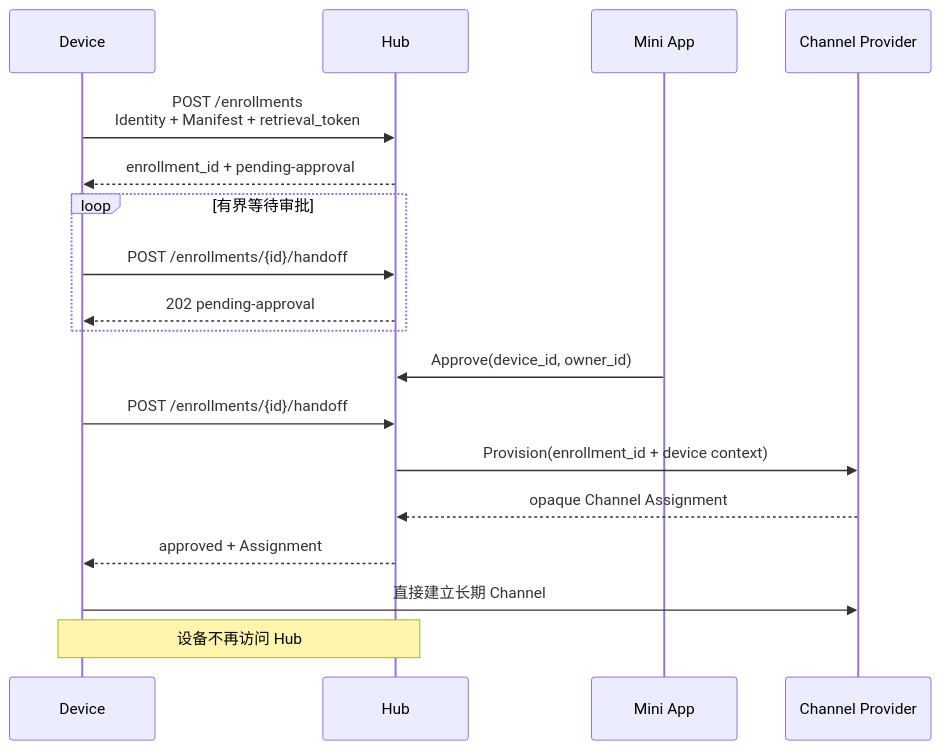
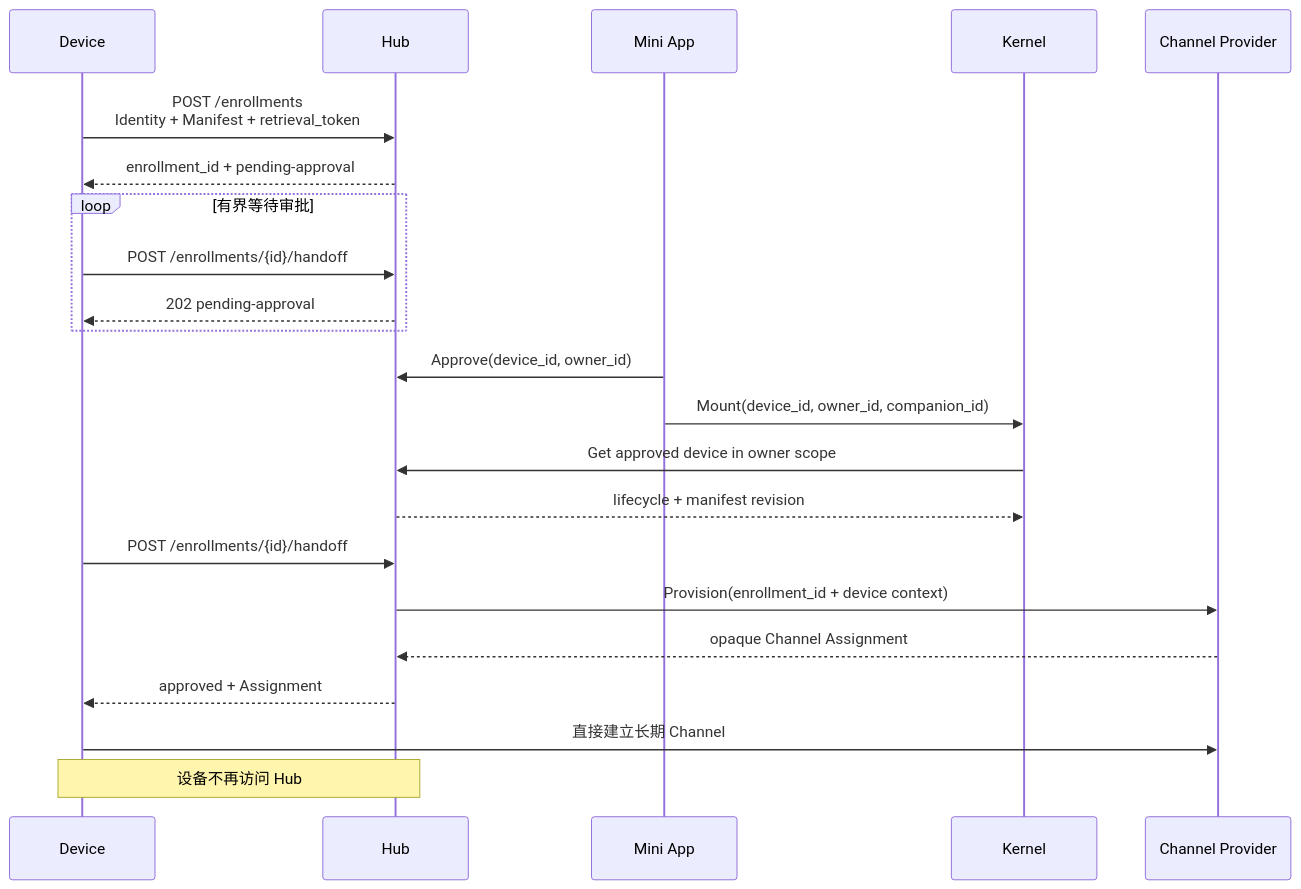
One commit to eidolon-os/eidolon_hub changed the second of 3 diagrams in README.md. Above: the diagram before and after it, drawn with Mermaid. The commit also changed other lines of this file and 45 other files, not shown here.

````diff
--- a/README.md
+++ b/README.md
@@ -46,21 +50,25 @@
 ```mermaid
 sequenceDiagram
     participant D as Device
     participant H as Hub
     participant A as Mini App
+    participant K as Kernel
     participant P as Channel Provider
 
     D->>H: POST /enrollments<br/>Identity + Manifest + retrieval_token
     H-->>D: enrollment_id + pending-approval
     loop 有界等待审批
         D->>H: POST /enrollments/{id}/handoff
         H-->>D: 202 pending-approval
     end
     A->>H: Approve(device_id, owner_id)
+    A->>K: Mount(device_id, owner_id, companion_id)
+    K->>H: Get approved device in owner scope
+    H-->>K: lifecycle + manifest revision
     D->>H: POST /enrollments/{id}/handoff
     H->>P: Provision(enrollment_id + device context)
     P-->>H: opaque Channel Assignment
     H-->>D: approved + Assignment
     D->>P: 直接建立长期 Channel
     Note over D,H: 设备不再访问 Hub
 ```
````
